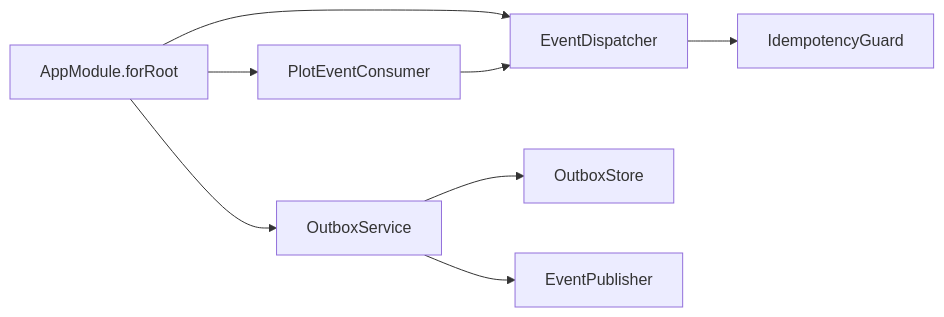
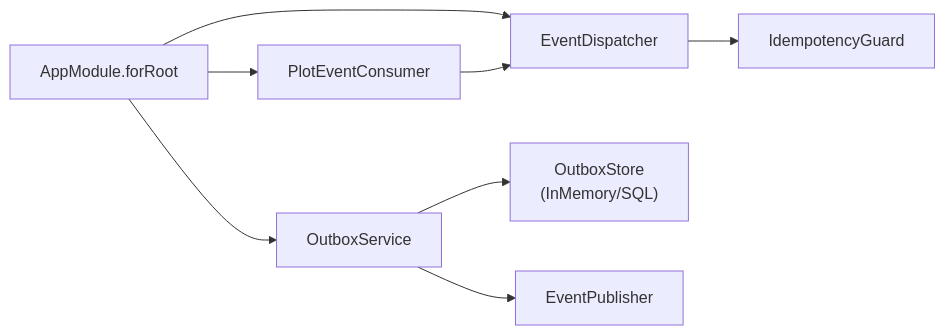
One commit to q446328246/agri-platform changed the tenth of 15 diagrams in .qoder/repowiki/zh/content/架构设计/事件驱动架构/事件驱动架构.md. Above: the diagram before and after it, drawn with Mermaid. The commit also changed other lines of this file and 52 other files, not shown here.

````diff
--- a/.qoder/repowiki/zh/content/架构设计/事件驱动架构/事件驱动架构.md
+++ b/.qoder/repowiki/zh/content/架构设计/事件驱动架构/事件驱动架构.md
@@ -309,10 +397,10 @@
 ```mermaid
 graph LR
 AppModule["AppModule.forRoot"] --> OutboxService["OutboxService"]
 AppModule --> EventDispatcher["EventDispatcher"]
 AppModule --> PlotEventConsumer["PlotEventConsumer"]
-OutboxService --> OutboxStore["OutboxStore"]
+OutboxService --> OutboxStore["OutboxStore<br/>(InMemory/SQL)"]
 OutboxService --> Publisher["EventPublisher"]
 EventDispatcher --> IdempotencyGuard["IdempotencyGuard"]
 PlotEventConsumer --> EventDispatcher
 ```
````
